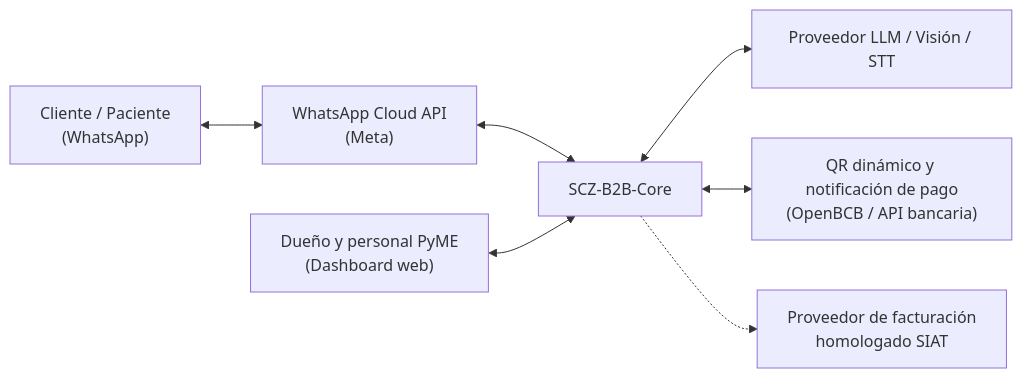
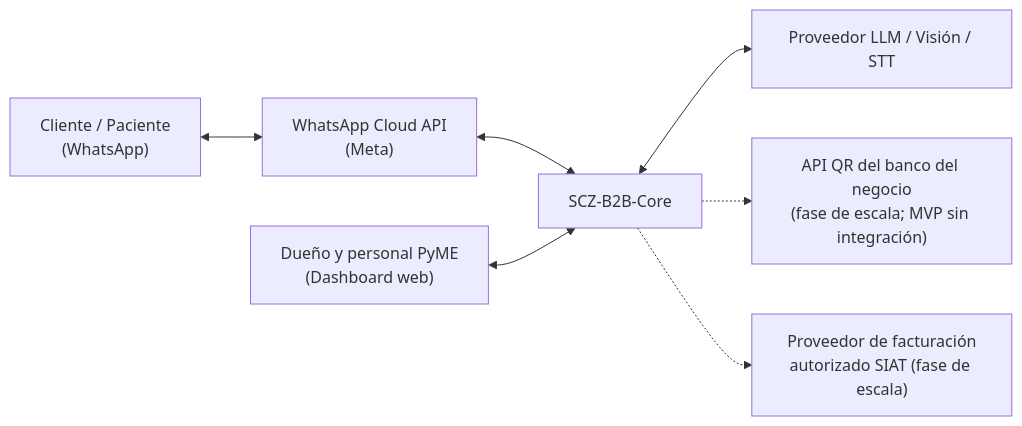
One commit to Adriana-HS/scz-b2b-core changed the first of 7 diagrams in SYSTEM_DESIGN.md. Above: the diagram before and after it, drawn with Mermaid. The commit also changed other lines of this file and 16 other files, not shown here.

````diff
--- a/SYSTEM_DESIGN.md
+++ b/SYSTEM_DESIGN.md
@@ -123,17 +123,17 @@
 ```mermaid
 graph LR
     Cliente["Cliente / Paciente<br/>(WhatsApp)"]
     Duenio["Dueño y personal PyME<br/>(Dashboard web)"]
     SCZ["SCZ-B2B-Core"]
     Meta["WhatsApp Cloud API<br/>(Meta)"]
     LLM["Proveedor LLM / Visión / STT"]
-    Banco["QR dinámico y notificación de pago<br/>(OpenBCB / API bancaria)"]
-    SIAT["Proveedor de facturación<br/>homologado SIAT"]
+    Banco["API QR del banco del negocio<br/>(fase de escala; MVP sin integración)"]
+    SIAT["Proveedor de facturación<br/>autorizado SIAT (fase de escala)"]
 
     Cliente <--> Meta
     Meta <--> SCZ
     Duenio <--> SCZ
     SCZ <--> LLM
-    SCZ <--> Banco
+    SCZ -.-> Banco
     SCZ -.-> SIAT
 ```
````
